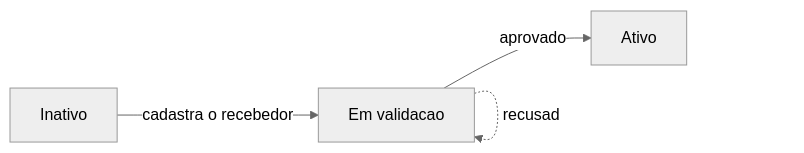
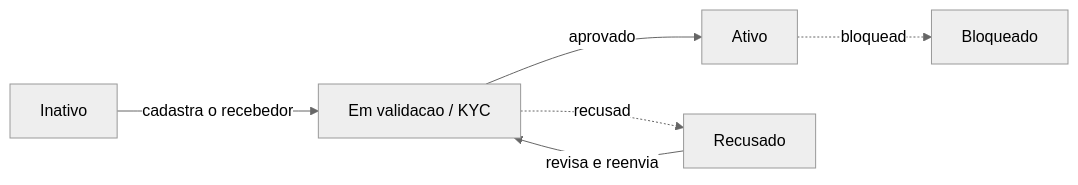
The fourth of 4 diagrams in cobranca/pagamento-online.md (LocFlowTeam/locflow-docs), drawn with Mermaid (neutral theme) before and after one commit. The commit also changed other lines of this file and 6 other files, not shown here.

````diff
--- a/cobranca/pagamento-online.md
+++ b/cobranca/pagamento-online.md
@@ -55,6 +144,8 @@
 ```mermaid
 flowchart LR
-    I[Inativo] -->|cadastra o recebedor| V[Em validacao]
+    I[Inativo] -->|cadastra o recebedor| V[Em validacao / KYC]
     V -->|aprovado| A[Ativo]
-    V -.recusado.-> V
+    V -.recusado.-> R[Recusado]
+    R -->|revisa e reenvia| V
+    A -.bloqueado.-> B[Bloqueado]
 ```
````
